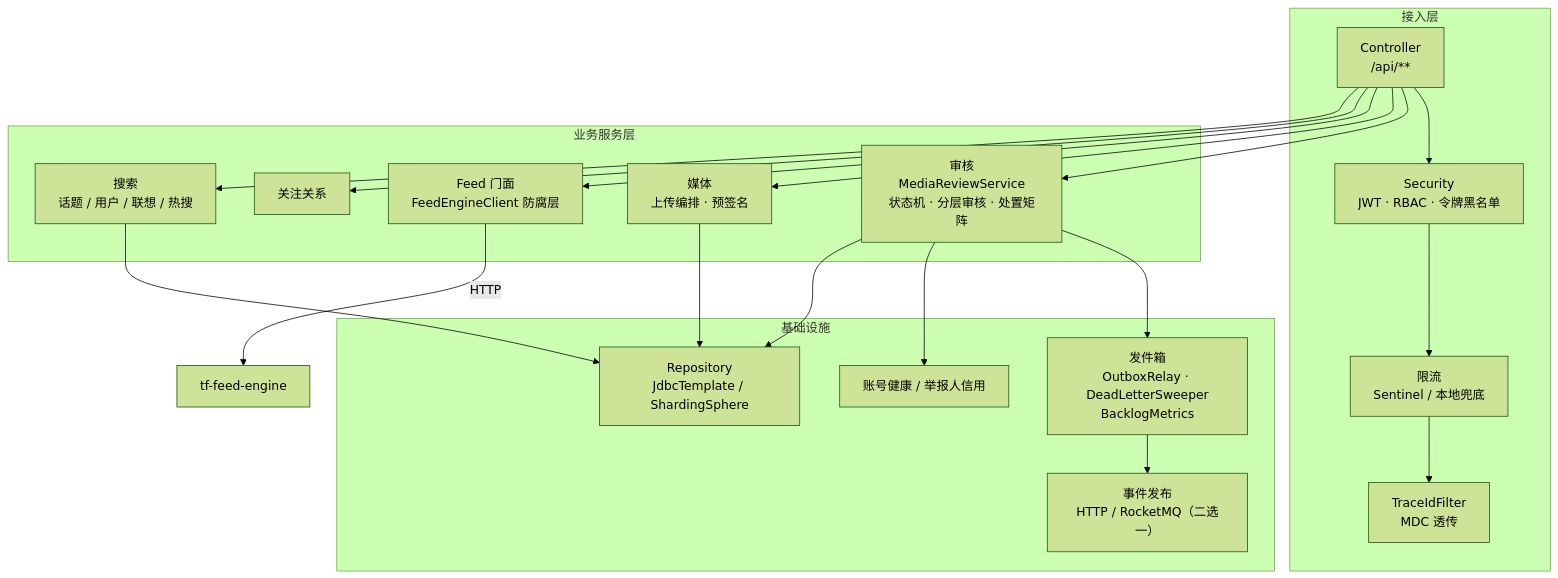
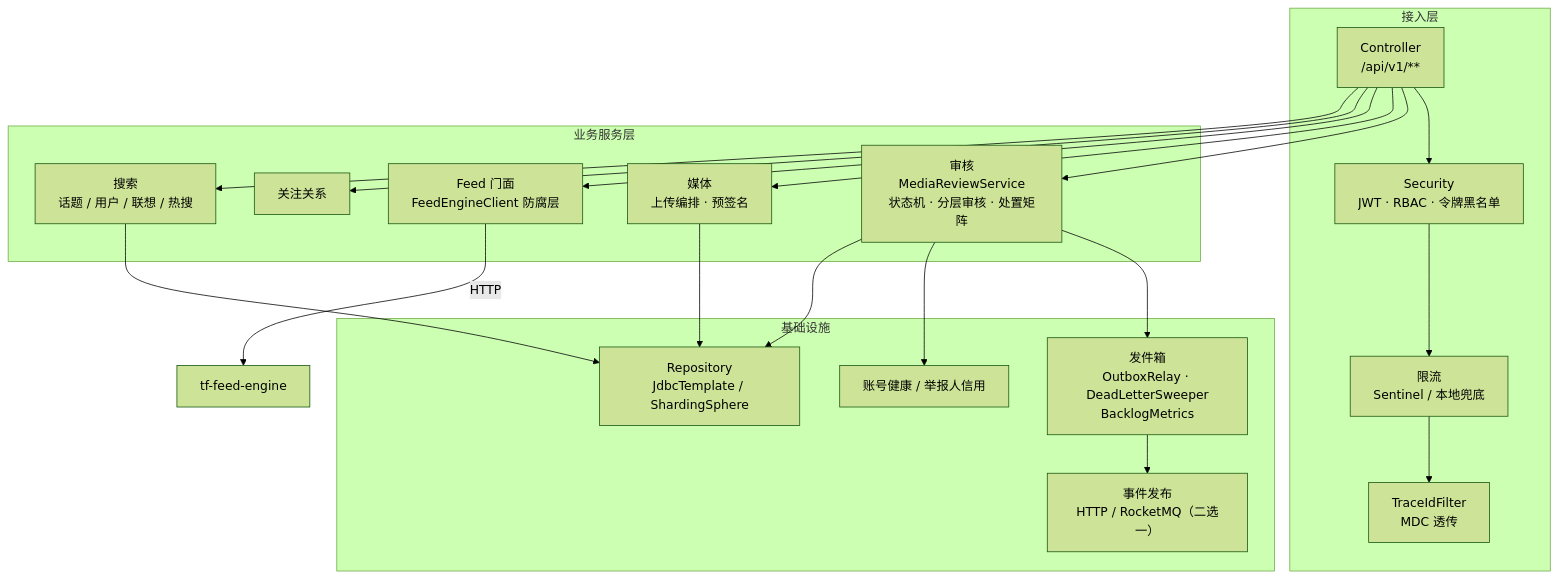
One commit to dafei-code/turbo-feed changed the third of 5 diagrams in docs/architecture/c4-model.md. Above: the diagram before and after it, drawn with Mermaid (forest theme). The commit also changed other lines of this file and 53 other files, not shown here.

````diff
--- a/docs/architecture/c4-model.md
+++ b/docs/architecture/c4-model.md
@@ -134,33 +134,33 @@
 ```mermaid
 flowchart TB
     subgraph api["接入层"]
-        ctrl["Controller<br/>/api/**"]
+        ctrl["Controller<br/>/api/v1/**"]
         sec["Security<br/>JWT · RBAC · 令牌黑名单"]
         rl["限流<br/>Sentinel / 本地兜底"]
         trace["TraceIdFilter<br/>MDC 透传"]
     end
 
     subgraph svc["业务服务层"]
         review["审核<br/>MediaReviewService<br/>状态机 · 分层审核 · 处置矩阵"]
         media["媒体<br/>上传编排 · 预签名"]
         feed["Feed 门面<br/>FeedEngineClient 防腐层"]
         social["关注关系"]
         search["搜索<br/>话题 / 用户 / 联想 / 热搜"]
     end
 
     subgraph infra["基础设施"]
         outbox["发件箱<br/>OutboxRelay · DeadLetterSweeper<br/>BacklogMetrics"]
         repo["Repository<br/>JdbcTemplate / ShardingSphere"]
         pub["事件发布<br/>HTTP / RocketMQ（二选一）"]
         credit["账号健康 / 举报人信用"]
     end
 
     ctrl --> sec --> rl --> trace
     ctrl --> review & media & feed & social & search
     review --> outbox & credit
     media --> repo
     outbox --> pub
     review --> repo
     search --> repo
     feed -->|"HTTP"| engine["tf-feed-engine"]
 ```
````
